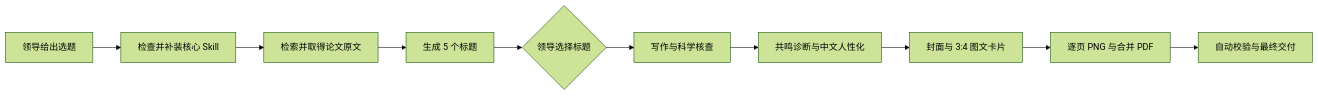
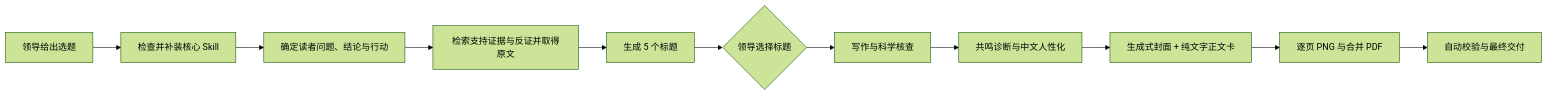
Before and after one commit to anthonysun95/xhs-science-media-employee: the diagram in README.md, drawn with Mermaid (forest theme). The commit also changed other lines of this file and 8 other files, not shown here.

````diff
--- a/README.md
+++ b/README.md
@@ -9,12 +9,13 @@
 ```mermaid
 flowchart LR
     A[领导给出选题] --> B[检查并补装核心 Skill]
-    B --> C[检索并取得论文原文]
-    C --> D[生成 5 个标题]
-    D --> E{领导选择标题}
-    E --> F[写作与科学核查]
-    F --> G[共鸣诊断与中文人性化]
-    G --> H[封面与 3:4 图文卡片]
-    H --> I[逐页 PNG 与合并 PDF]
-    I --> J[自动校验与最终交付]
+    B --> C[确定读者问题、结论与行动]
+    C --> D[检索支持证据与反证并取得原文]
+    D --> E[生成 5 个标题]
+    E --> F{领导选择标题}
+    F --> G[写作与科学核查]
+    G --> H[共鸣诊断与中文人性化]
+    H --> I[生成式封面 + 纯文字正文卡]
+    I --> J[逐页 PNG 与合并 PDF]
+    J --> K[自动校验与最终交付]
 ```
````
